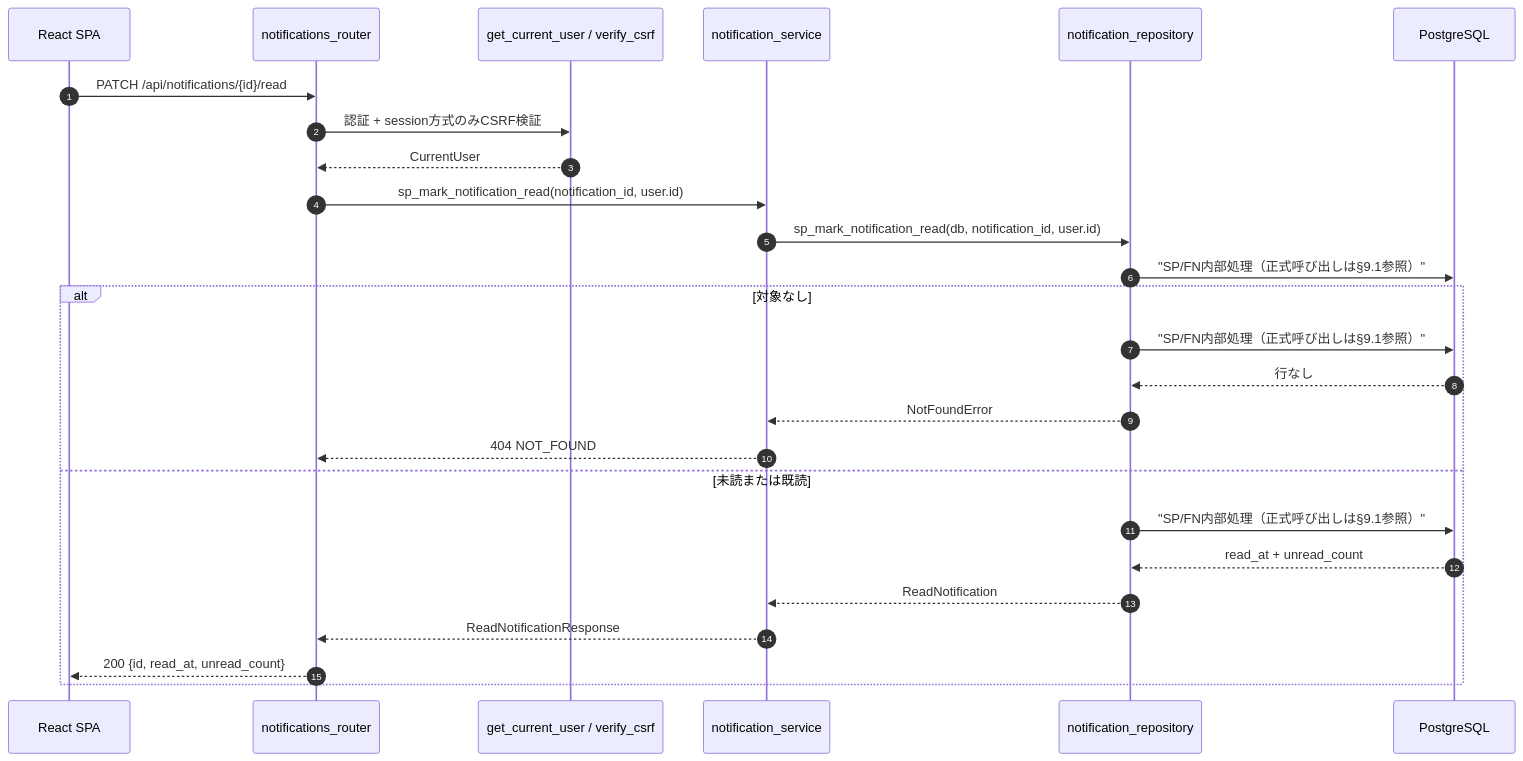
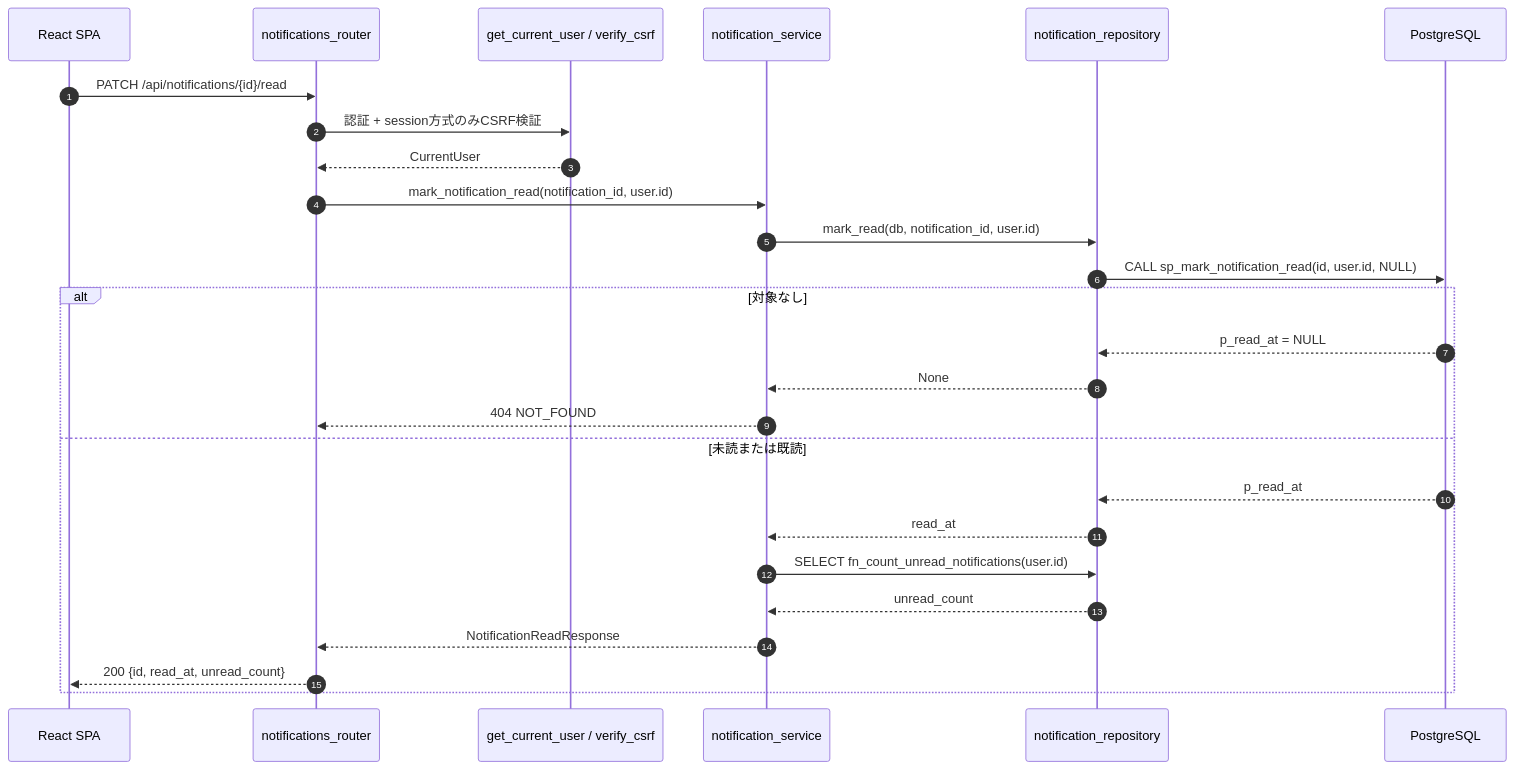
Before and after one commit to oikawa-d/task_management: the first of 4 diagrams in docs/detailed_design/api/notifications/03_patch_notification_read.md, drawn with Mermaid. The commit also changed other lines of this file and 10 other files, not shown here.

````diff
--- a/docs/detailed_design/api/notifications/03_patch_notification_read.md
+++ b/docs/detailed_design/api/notifications/03_patch_notification_read.md
@@ -66,29 +66,29 @@
 ```mermaid
 sequenceDiagram
     autonumber
     participant FE as React SPA
     participant R as notifications_router
     participant D as get_current_user / verify_csrf
     participant S as notification_service
     participant NR as notification_repository
     participant PG as PostgreSQL
 
     FE->>R: PATCH /api/notifications/{id}/read
     R->>D: 認証 + session方式のみCSRF検証
     D-->>R: CurrentUser
-    R->>S: sp_mark_notification_read(notification_id, user.id)
-    S->>NR: sp_mark_notification_read(db, notification_id, user.id)
-    NR->>PG: "SP/FN内部処理（正式呼び出しは§9.1参照）"
+    R->>S: mark_notification_read(notification_id, user.id)
+    S->>NR: mark_read(db, notification_id, user.id)
+    NR->>PG: CALL sp_mark_notification_read(id, user.id, NULL)
     alt 対象なし
-        NR->>PG: "SP/FN内部処理（正式呼び出しは§9.1参照）"
-        PG-->>NR: 行なし
-        NR-->>S: NotFoundError
+        PG-->>NR: p_read_at = NULL
+        NR-->>S: None
         S-->>R: 404 NOT_FOUND
     else 未読または既読
-        NR->>PG: "SP/FN内部処理（正式呼び出しは§9.1参照）"
-        PG-->>NR: read_at + unread_count
-        NR-->>S: ReadNotification
-        S-->>R: ReadNotificationResponse
+        PG-->>NR: p_read_at
+        NR-->>S: read_at
+        S->>NR: SELECT fn_count_unread_notifications(user.id)
+        NR-->>S: unread_count
+        S-->>R: NotificationReadResponse
         R-->>FE: 200 {id, read_at, unread_count}
     end
 ```
````
